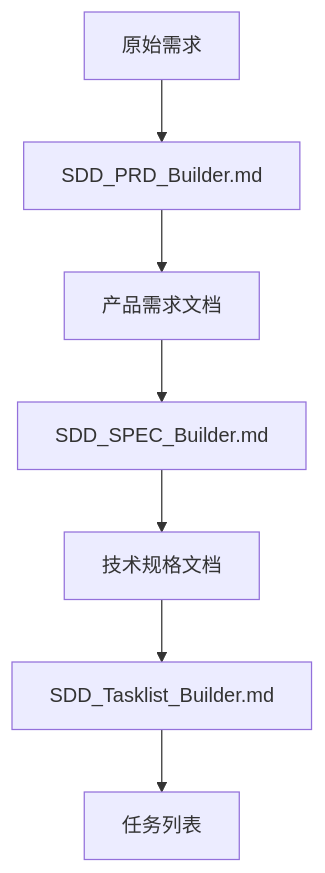
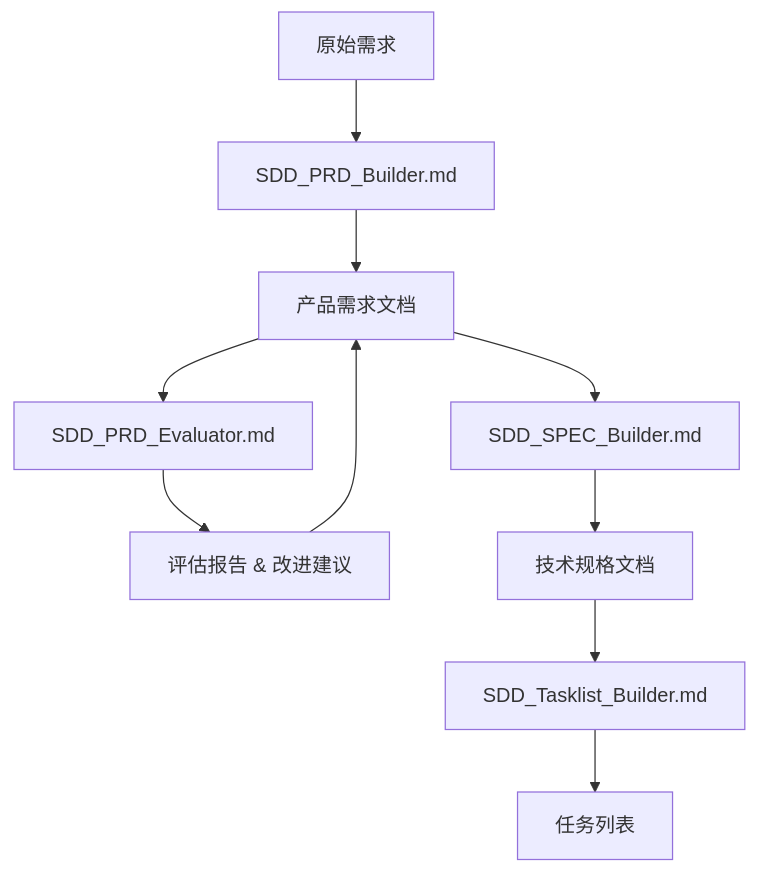
One commit to Coldplay-now/SDD-Agent-Prompt changed the diagram in README.md. Above: the diagram before and after it, drawn with Mermaid. The commit also changed other lines of this file and 2 other files, not shown here.

First line of the commit message:
新增SDD_PRD_Evaluator.md - PRD文档质量评估Agent

````diff
--- a/README.md
+++ b/README.md
@@ -38,10 +38,13 @@
 ```mermaid
 graph TD
     A[原始需求] --> B[SDD_PRD_Builder.md]
     B --> C[产品需求文档]
+    C --> H[SDD_PRD_Evaluator.md]
+    H --> I[评估报告 & 改进建议]
+    I --> C
     C --> D[SDD_SPEC_Builder.md]
     D --> E[技术规格文档]
     E --> F[SDD_Tasklist_Builder.md]
     F --> G[任务列表]
     
 ```
````
